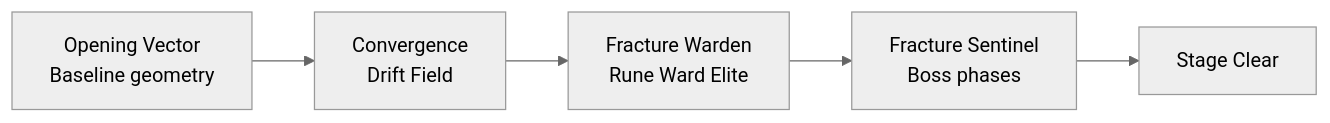
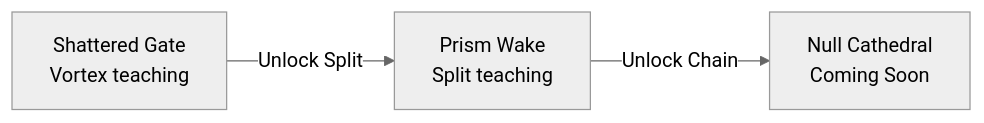
Before and after one commit to zeroLR/2D-game-playground: the fourth of 4 diagrams in docs/plans/rune-ball/P9-AUTHORED-STAGE-ENCOUNTER.md, drawn with Mermaid (neutral theme). The commit also changed other lines of this file, not shown here.

Commit message:
docs(rune-ball): advance P9 roadmap to P9.4

````diff
--- a/docs/plans/rune-ball/P9-AUTHORED-STAGE-ENCOUNTER.md
+++ b/docs/plans/rune-ball/P9-AUTHORED-STAGE-ENCOUNTER.md
@@ -133,8 +130,6 @@
 ```mermaid
 flowchart LR
-    A[Opening Vector<br/>Baseline geometry]
-    --> B[Convergence<br/>Drift Field]
-    --> C[Fracture Warden<br/>Rune Ward Elite]
-    --> D[Fracture Sentinel<br/>Boss phases]
-    --> E[Stage Clear]
+    A[Shattered Gate<br/>Vortex teaching]
+    -->|Unlock Split| B[Prism Wake<br/>Split teaching]
+    -->|Unlock Chain| C[Null Cathedral<br/>Coming Soon]
 ```
````
